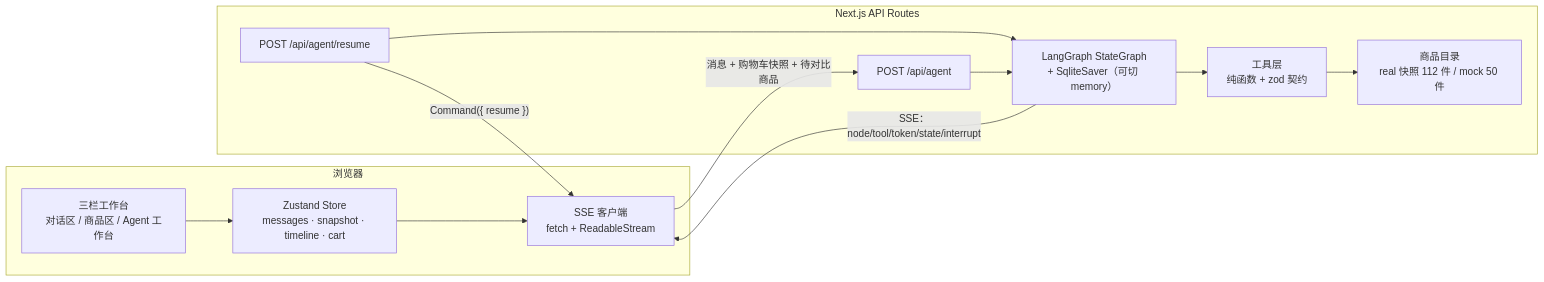
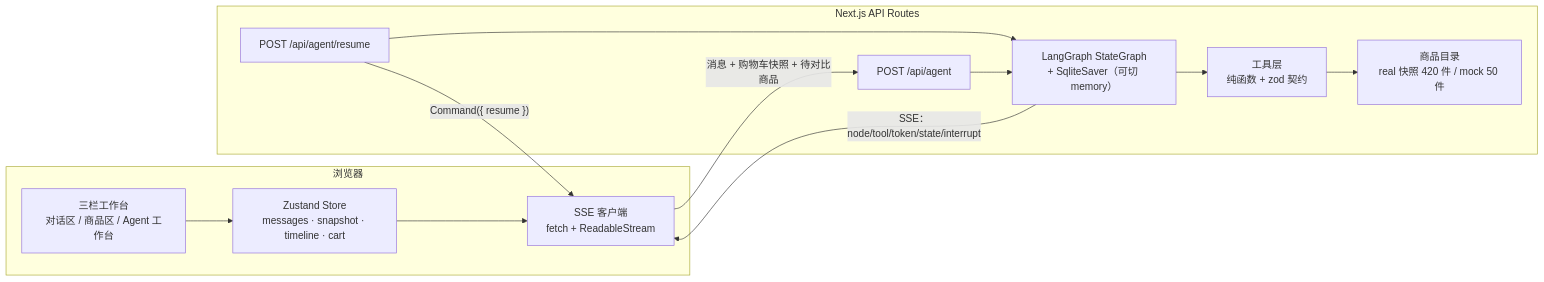
Before and after one commit to Zeffy-Real/eshopagent: the second of 3 diagrams in README.md, drawn with Mermaid. The commit also changed other lines of this file and 7 other files, not shown here.

````diff
--- a/README.md
+++ b/README.md
@@ -289,26 +311,26 @@
 ```mermaid
 flowchart LR
   subgraph Client["浏览器"]
     UI["三栏工作台<br/>对话区 / 商品区 / Agent 工作台"]
     Store["Zustand Store<br/>messages · snapshot · timeline · cart"]
     SSE["SSE 客户端<br/>fetch + ReadableStream"]
     UI --> Store
     Store --> SSE
   end
 
   subgraph Server["Next.js API Routes"]
     Route["POST /api/agent"]
     Resume["POST /api/agent/resume"]
     Graph["LangGraph StateGraph<br/>+ SqliteSaver（可切 memory）"]
     Tools["工具层<br/>纯函数 + zod 契约"]
-    Catalog["商品目录<br/>real 快照 112 件 / mock 50 件"]
+    Catalog["商品目录<br/>real 快照 420 件 / mock 50 件"]
     Route --> Graph
     Resume --> Graph
     Graph --> Tools
     Tools --> Catalog
   end
 
   SSE -->|"消息 + 购物车快照 + 待对比商品"| Route
   Graph -->|"SSE：node/tool/token/state/interrupt"| SSE
   Resume -->|"Command({ resume })"| SSE
 ```
````
